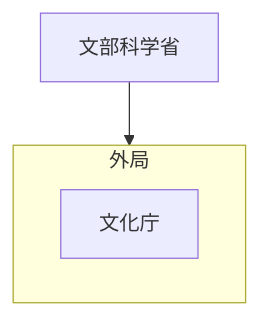
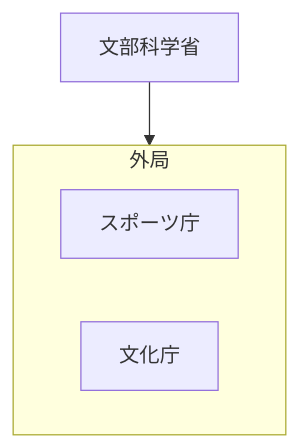
One commit to tatemaru/jp-admin-org-chart changed the diagram in 行政機構/文部科学省/README.md. Above: the diagram before and after it, drawn with Mermaid. The commit also changed 1 other file, not shown here.

Commit message:
feat(スポーツ庁): スポーツ庁を設置
根拠: 文部科学省設置法改正
施行: 2015-10-01
出典: https://ja.wikipedia.org/wiki/外局

種別: 設置

````diff
--- a/行政機構/文部科学省/README.md
+++ b/行政機構/文部科学省/README.md
@@ -5,8 +5,9 @@
 ```mermaid
 flowchart TB
   root["文部科学省"]
   subgraph g0["外局"]
-    n0_0["文化庁"]
+    n0_0["スポーツ庁"]
+    n0_1["文化庁"]
   end
   root --> g0
 ```
````
